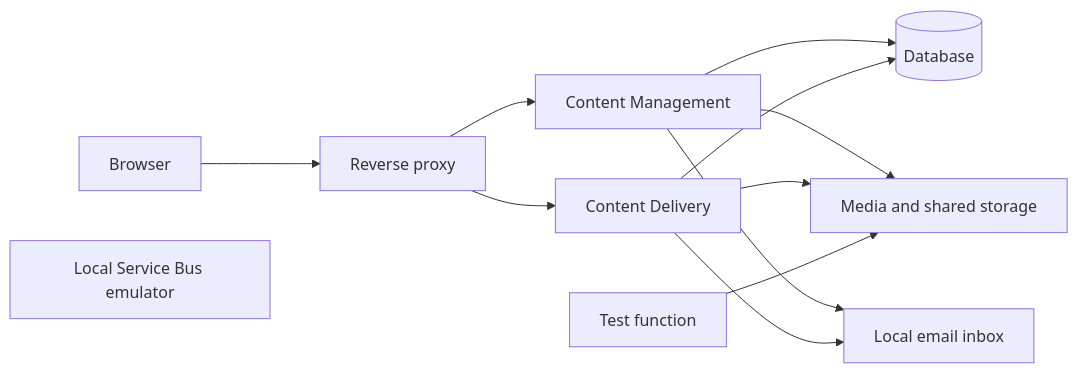
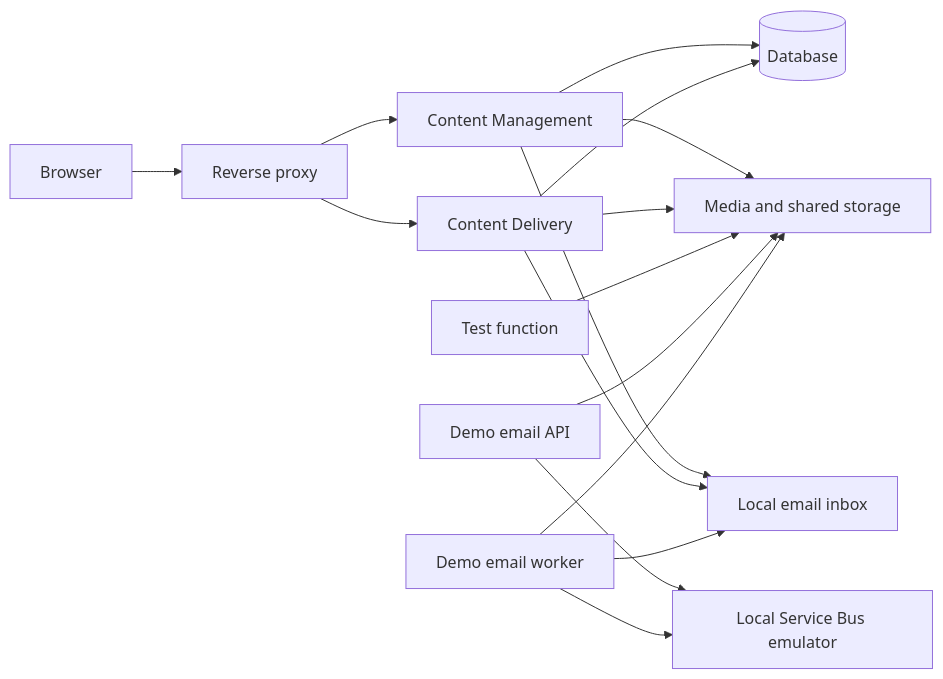
One commit to hallojoe/defaults-for-umbraco changed the diagram in README.md. Above: the diagram before and after it, drawn with Mermaid. The commit also changed other lines of this file and 34 other files, not shown here.

Commit message:
add: Email sender demo. (#8)

````diff
--- a/README.md
+++ b/README.md
@@ -26,17 +26,21 @@
 ```mermaid
 flowchart LR
     Browser[Browser] --> Proxy[Reverse proxy]
     Proxy --> CM[Content Management]
     Proxy --> CD[Content Delivery]
 
     CM --> SQL[(Database)]
     CD --> SQL
     CM --> Storage[Media and shared storage]
     CD --> Storage
     CM --> Mailpit[Local email inbox]
     CD --> Mailpit
 
     Functions[Test function] --> Storage
 
-    ServiceBus[Local Service Bus emulator]
+    EmailApi[Demo email API] --> Storage
+    EmailApi --> ServiceBus[Local Service Bus emulator]
+    EmailWorker[Demo email worker] --> ServiceBus
+    EmailWorker --> Storage
+    EmailWorker --> Mailpit
 ```
````
